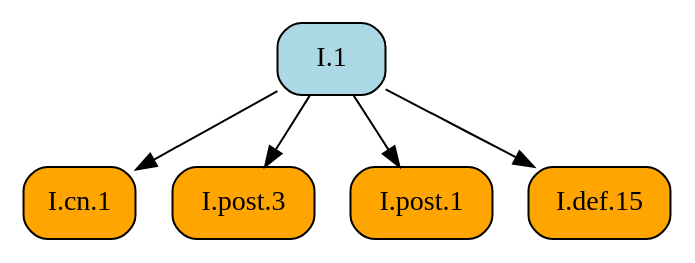
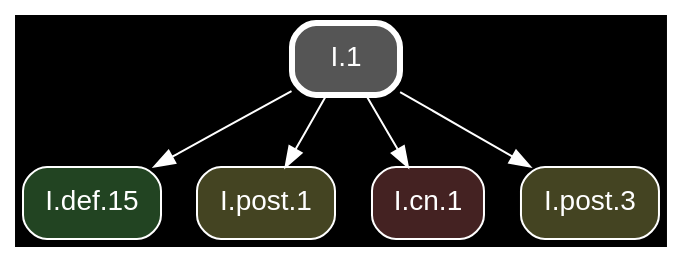
Before and after one commit to geometor/elements: the diagram in docsrc/heath/I/1/index.rst, drawn with Graphviz. The commit also changed other lines of this file and 1200 other files, not shown here.

Commit message:
update dependency graphs

```diff
--- a/docsrc/heath/I/1/index.rst
+++ b/docsrc/heath/I/1/index.rst
@@ -122,15 +122,17 @@
 .. graphviz::
 
    digraph {
+     bgcolor="black";
+     node [shape=box, style="rounded,filled", fontname="Helvetica", color="white", fontcolor="white"];
+     edge [color="white", fontcolor="white"];
      rankdir="TB";
-     node [shape=box, style=rounded];
-     "I.cn.1" [style="rounded,filled", fillcolor=orange, URL="/heath/I/cn.1/", target="_top"];
-     "I.1" [style="rounded,filled", fillcolor=lightblue, URL="/heath/I/1/", target="_top"];
-     "I.post.3" [style="rounded,filled", fillcolor=orange, URL="/heath/I/post.3/", target="_top"];
-     "I.post.1" [style="rounded,filled", fillcolor=orange, URL="/heath/I/post.1/", target="_top"];
-     "I.def.15" [style="rounded,filled", fillcolor=orange, URL="/heath/I/def.15/", target="_top"];
+     "I.1" [penwidth=3, color="white", fillcolor="#555555", URL="/heath/I/1/", target="_top"];
+     "I.def.15" [fillcolor="#224422", URL="/heath/I/def.15/", target="_top"];
+     "I.post.1" [fillcolor="#444422", URL="/heath/I/post.1/", target="_top"];
+     "I.cn.1" [fillcolor="#442222", URL="/heath/I/cn.1/", target="_top"];
+     "I.post.3" [fillcolor="#444422", URL="/heath/I/post.3/", target="_top"];
+     "I.1" -> "I.def.15";
+     "I.1" -> "I.post.1";
      "I.1" -> "I.cn.1";
      "I.1" -> "I.post.3";
-     "I.1" -> "I.post.1";
-     "I.1" -> "I.def.15";
    }
```
